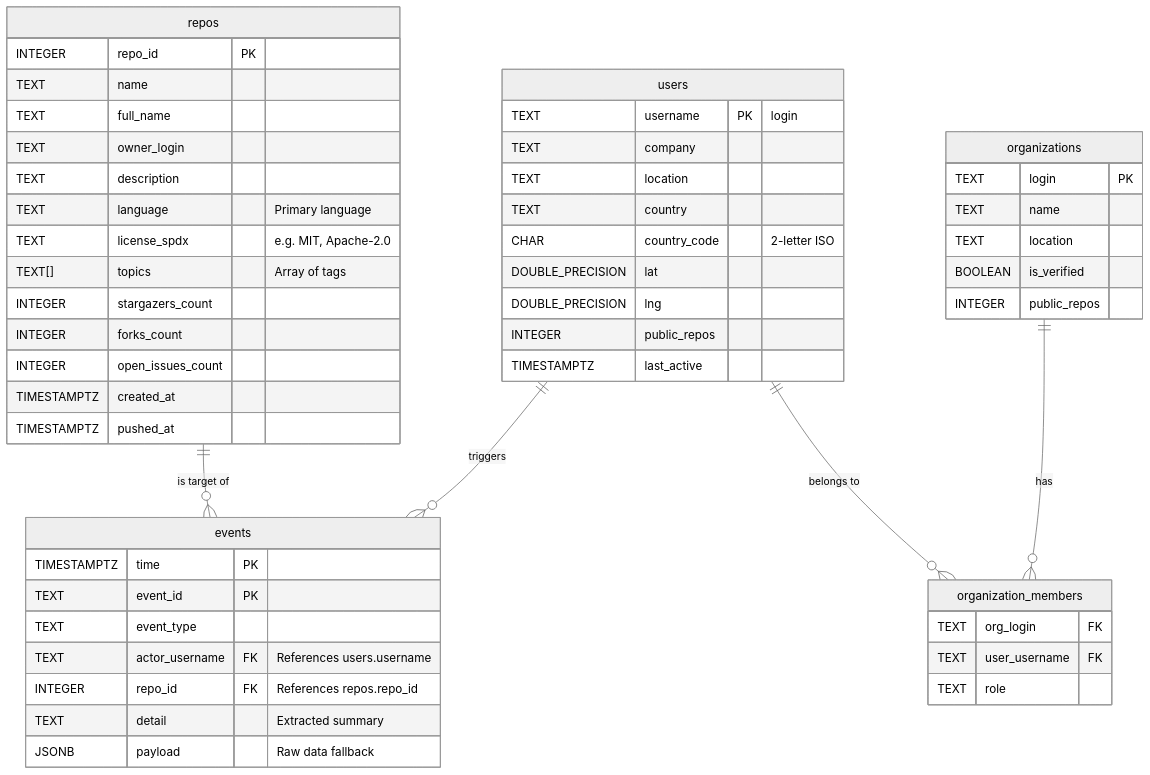
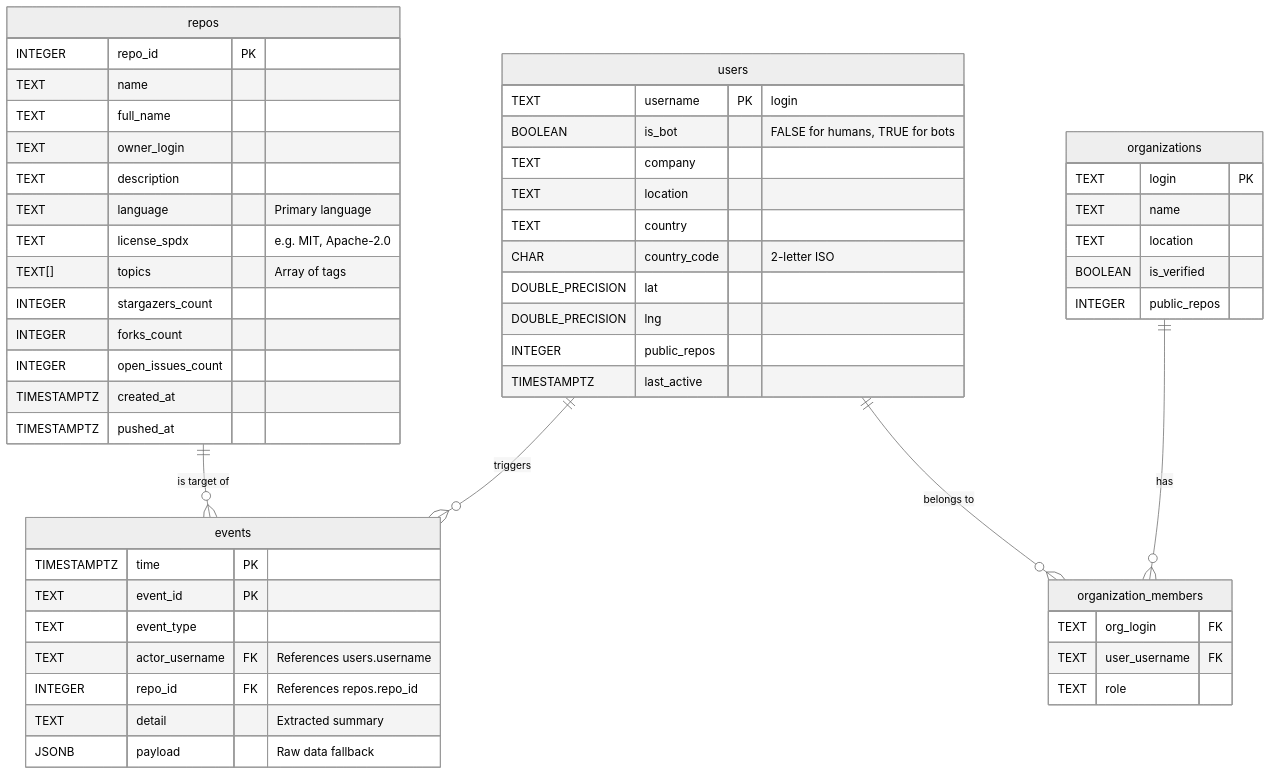
The diagram in README.md (BDP26/pm4-github-insights), drawn with Mermaid (neutral theme) before and after one commit. The commit also changed other lines of this file and 1 other file, not shown here.

````diff
--- a/README.md
+++ b/README.md
@@ -70,59 +70,60 @@
 ```mermaid
 erDiagram
     users ||--o{ events : "triggers"
     repos ||--o{ events : "is target of"
     organizations ||--o{ organization_members : "has"
     users ||--o{ organization_members : "belongs to"
 
     users {
         TEXT username PK "login"
+        BOOLEAN is_bot "FALSE for humans, TRUE for bots"
         TEXT company
         TEXT location
         TEXT country
         CHAR country_code "2-letter ISO"
         DOUBLE_PRECISION lat
         DOUBLE_PRECISION lng
         INTEGER public_repos
         TIMESTAMPTZ last_active
     }
 
     organizations {
         TEXT login PK
         TEXT name
         TEXT location
         BOOLEAN is_verified
         INTEGER public_repos
     }
 
     organization_members {
         TEXT org_login FK
         TEXT user_username FK
         TEXT role
     }
 
     repos {
         INTEGER repo_id PK
         TEXT name
         TEXT full_name
         TEXT owner_login
         TEXT description
         TEXT language "Primary language"
         TEXT license_spdx "e.g. MIT, Apache-2.0"
         TEXT[] topics "Array of tags"
         INTEGER stargazers_count
         INTEGER forks_count
         INTEGER open_issues_count
         TIMESTAMPTZ created_at
         TIMESTAMPTZ pushed_at
     }
 
     events {
         TIMESTAMPTZ time PK
         TEXT event_id PK
         TEXT event_type
         TEXT actor_username FK "References users.username"
         INTEGER repo_id FK "References repos.repo_id"
         TEXT detail "Extracted summary"
         JSONB payload "Raw data fallback"
     }
 ```
````
